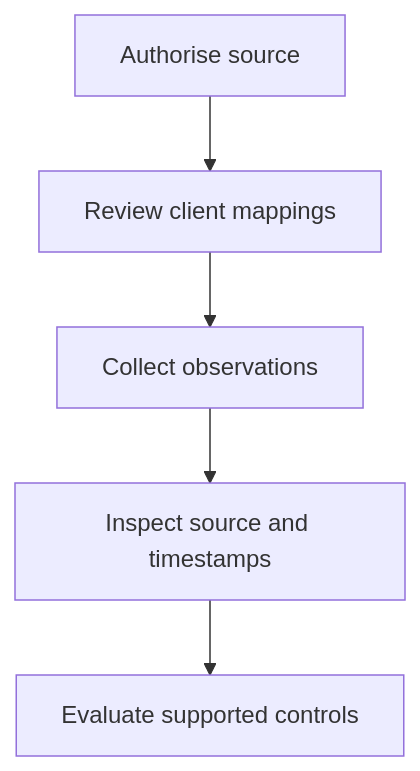
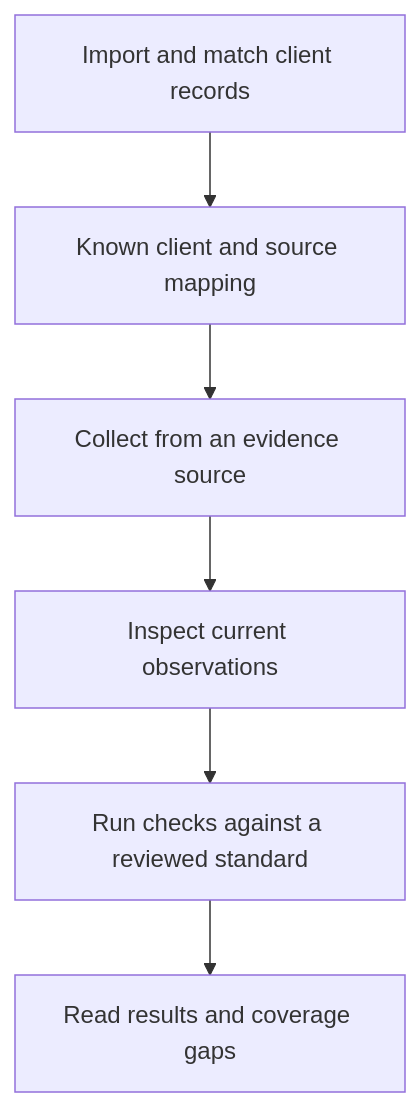
One commit to ledgrhq/alignr-docs changed the diagram in guides/integrations.mdx. Above: the diagram before and after it, drawn with Mermaid. The commit also changed other lines of this file and 14 other files, not shown here.

Commit message:
docs: close setup gaps through independent review loops

````diff
--- a/guides/integrations.mdx
+++ b/guides/integrations.mdx
@@ -42,7 +42,8 @@
 ```mermaid
 flowchart TD
-    A["Authorise source"] --> B["Review client mappings"]
-    B --> C["Collect observations"]
-    C --> D["Inspect source and timestamps"]
-    D --> E["Evaluate supported controls"]
+    I["Import and match client records"] --> M["Known client and source mapping"]
+    M --> C["Collect from an evidence source"]
+    C --> F["Inspect current observations"]
+    F --> R["Run checks against a reviewed standard"]
+    R --> E["Read results and coverage gaps"]
 ```
````
